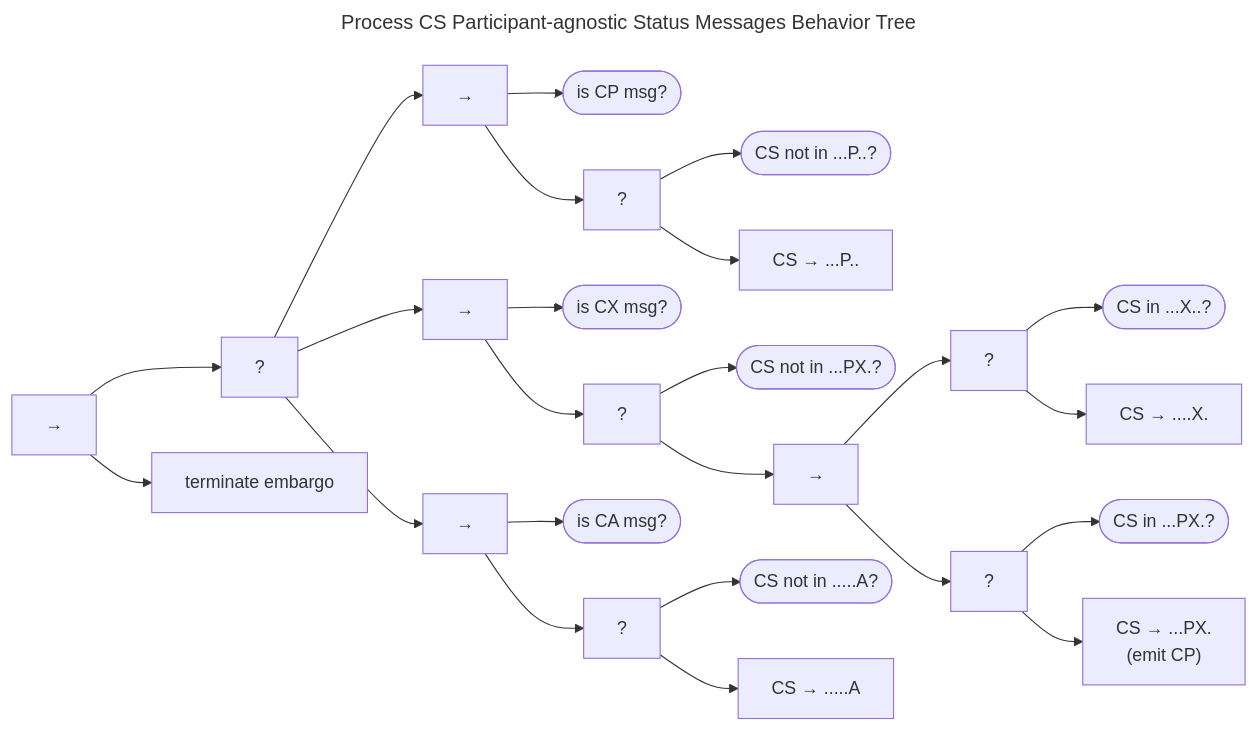
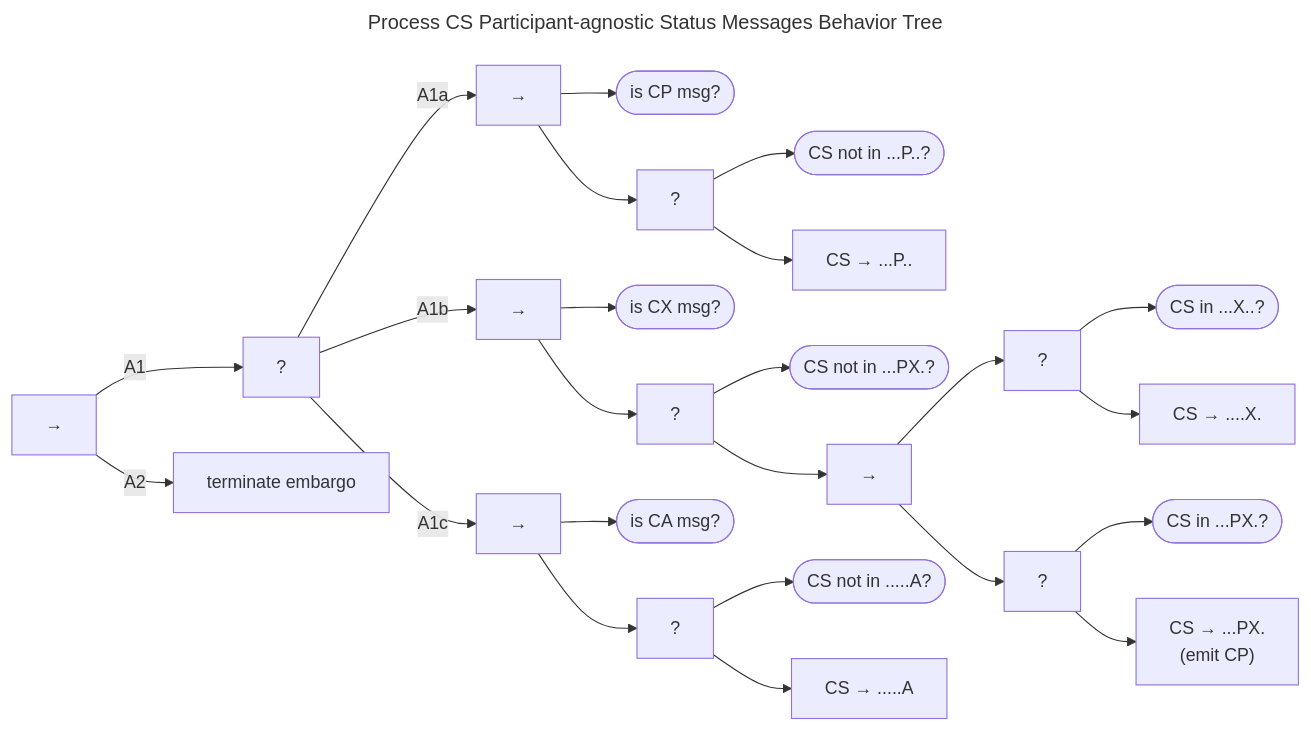
Before and after one commit to CERTCC/Vultron: the second of 3 diagrams in docs/topics/behavior_logic/msg_cs_bt.md, drawn with Mermaid. The commit also changed other lines of this file and 16 other files, not shown here.

````diff
--- a/docs/topics/behavior_logic/msg_cs_bt.md
+++ b/docs/topics/behavior_logic/msg_cs_bt.md
@@ -59,53 +59,53 @@
 ```mermaid
 ---
 title: Process CS Participant-agnostic Status Messages Behavior Tree
 ---
 flowchart LR
     global_seq["&rarr;"]
     global_fb["?"]
-    global_seq --> global_fb
+    global_seq -->|A1| global_fb
     cp_seq["&rarr;"]
-    global_fb --> cp_seq
+    global_fb -->|A1a| cp_seq
     is_CP_msg(["is CP msg?"])
     cp_seq --> is_CP_msg
     cp_fb["?"]
     cp_seq --> cp_fb
     cp_cs_not_P(["CS not in ...P..?"])
     cp_fb --> cp_cs_not_P
     cp_cs_to_P["CS &rarr; ...P.."]
     cp_fb --> cp_cs_to_P
     cx_seq["&rarr;"]
-    global_fb --> cx_seq
+    global_fb -->|A1b| cx_seq
     is_CX_msg(["is CX msg?"])
     cx_seq --> is_CX_msg
     cx_fb["?"]
     cx_seq --> cx_fb
     cx_cs_not_PXA(["CS not in ...PX.?"])
     cx_fb --> cx_cs_not_PXA
     cx_seq2["&rarr;"]
     cx_fb --> cx_seq2
     cx_x_fb["?"]
     cx_seq2 --> cx_x_fb
     cs_in_x(["CS in ...X..?"])
     cx_x_fb --> cs_in_x
     cx_to_x["CS &rarr; ....X."]
     cx_x_fb --> cx_to_x
     cx_p_fb["?"]
     cx_seq2 --> cx_p_fb
     cs_in_p(["CS in ...PX.?"])
     cx_p_fb --> cs_in_p
     cx_to_p["CS &rarr; ...PX.<br/>(emit CP)"]
     cx_p_fb --> cx_to_p
     ca_seq["&rarr;"]
-    global_fb --> ca_seq
+    global_fb -->|A1c| ca_seq
     is_CA_msg(["is CA msg?"])
     ca_seq --> is_CA_msg
     ca_fb["?"]
     ca_seq --> ca_fb
     ca_cs_not_a(["CS not in .....A?"])
     ca_fb --> ca_cs_not_a
     ca_cs_to_a["CS &rarr; .....A"]
     ca_fb --> ca_cs_to_a
     terminate["terminate embargo"]
-    global_seq --> terminate
+    global_seq -->|A2| terminate
 ```
````
